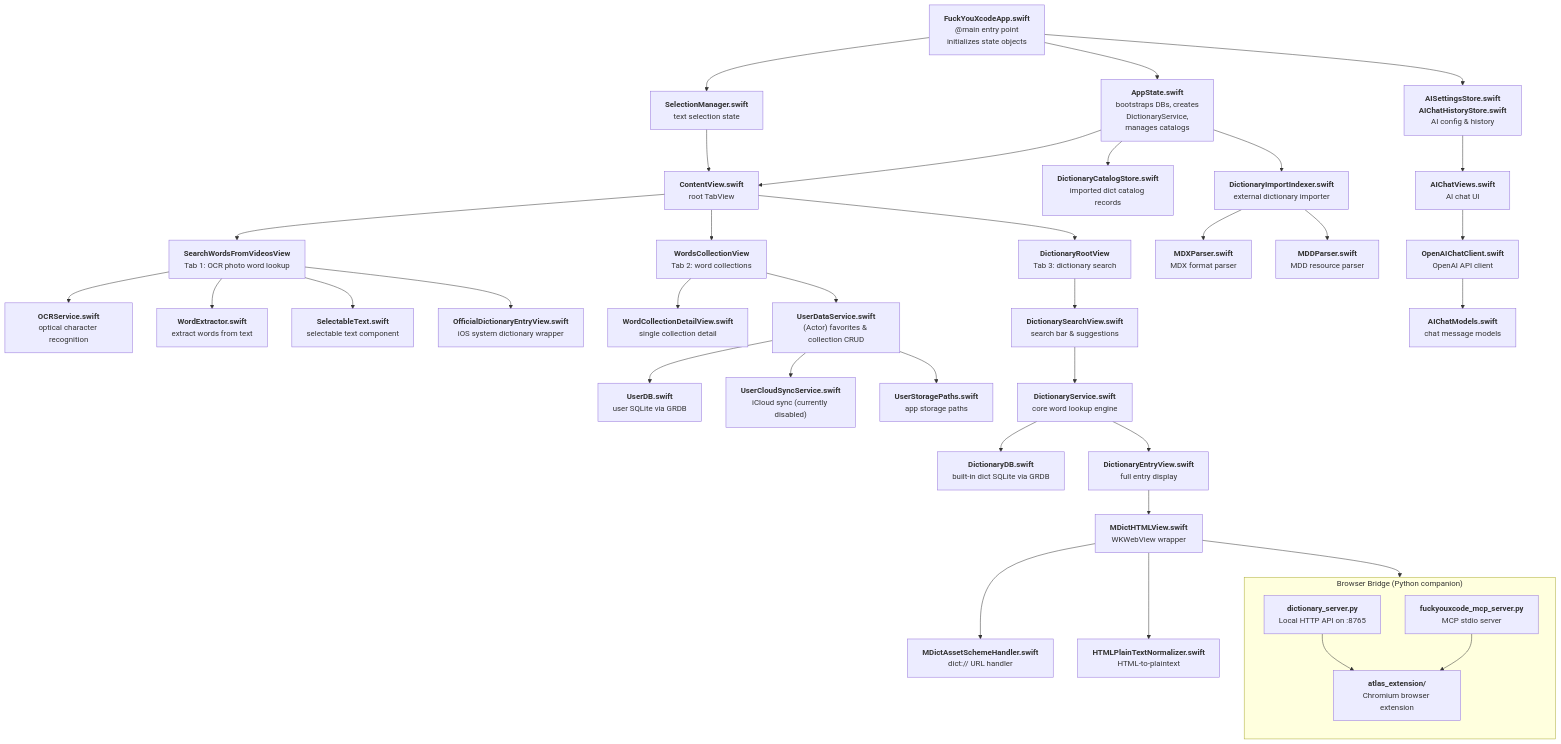
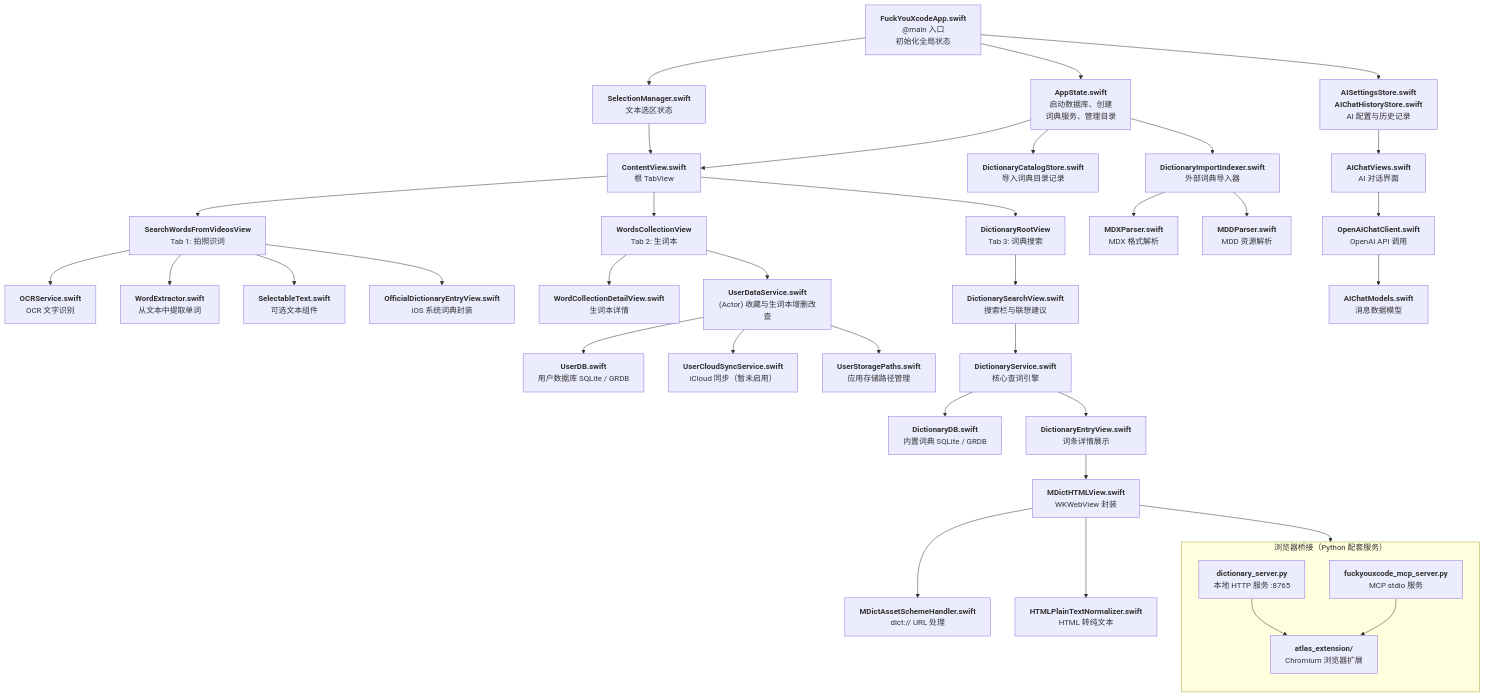
The diagram in README.md (RANGER-ALT823650/FuckYouXcode), drawn with Mermaid before and after one commit. The commit also changed other lines of this file, not shown here.

Commit message:
docs: README 改为中文

````diff
--- a/README.md
+++ b/README.md
@@ -7,67 +7,67 @@
 ```mermaid
 flowchart TD
-    %% ===== ENTRY POINT =====
-    APP["<b>FuckYouXcodeApp.swift</b><br/>@main entry point<br/>initializes state objects"]
+    %% ===== 入口 =====
+    APP["<b>FuckYouXcodeApp.swift</b><br/>@main 入口<br/>初始化全局状态"]
 
-    %% ===== STATE LAYER =====
-    APP --> STATE["<b>AppState.swift</b><br/>bootstraps DBs, creates<br/>DictionaryService,<br/>manages catalogs"]
-    APP --> SELECTION["<b>SelectionManager.swift</b><br/>text selection state"]
-    APP --> AI_STORE["<b>AISettingsStore.swift</b><br/><b>AIChatHistoryStore.swift</b><br/>AI config & history"]
+    %% ===== 状态层 =====
+    APP --> STATE["<b>AppState.swift</b><br/>启动数据库、创建<br/>词典服务、管理目录"]
+    APP --> SELECTION["<b>SelectionManager.swift</b><br/>文本选区状态"]
+    APP --> AI_STORE["<b>AISettingsStore.swift</b><br/><b>AIChatHistoryStore.swift</b><br/>AI 配置与历史记录"]
 
-    %% ===== VIEW LAYER =====
-    STATE --> CV["<b>ContentView.swift</b><br/>root TabView"]
+    %% ===== 视图层 =====
+    STATE --> CV["<b>ContentView.swift</b><br/>根 TabView"]
     SELECTION --> CV
 
-    %% ===== 3 TABS =====
-    CV --> TAB_OCR["<b>SearchWordsFromVideosView</b><br/>Tab 1: OCR photo word lookup"]
-    CV --> TAB_COLLECTION["<b>WordsCollectionView</b><br/>Tab 2: word collections"]
-    CV --> TAB_SEARCH["<b>DictionaryRootView</b><br/>Tab 3: dictionary search"]
+    %% ===== 三个 Tab =====
+    CV --> TAB_OCR["<b>SearchWordsFromVideosView</b><br/>Tab 1: 拍照识词"]
+    CV --> TAB_COLLECTION["<b>WordsCollectionView</b><br/>Tab 2: 生词本"]
+    CV --> TAB_SEARCH["<b>DictionaryRootView</b><br/>Tab 3: 词典搜索"]
 
-    %% ===== TAB 1: OCR PIPELINE =====
-    TAB_OCR --> OCR_SVC["<b>OCRService.swift</b><br/>optical character recognition"]
-    TAB_OCR --> EXTRACTOR["<b>WordExtractor.swift</b><br/>extract words from text"]
-    TAB_OCR --> SEL_TEXT["<b>SelectableText.swift</b><br/>selectable text component"]
-    TAB_OCR --> OFF_DICT["<b>OfficialDictionaryEntryView.swift</b><br/>iOS system dictionary wrapper"]
+    %% ===== Tab 1: OCR =====
+    TAB_OCR --> OCR_SVC["<b>OCRService.swift</b><br/>OCR 文字识别"]
+    TAB_OCR --> EXTRACTOR["<b>WordExtractor.swift</b><br/>从文本中提取单词"]
+    TAB_OCR --> SEL_TEXT["<b>SelectableText.swift</b><br/>可选文本组件"]
+    TAB_OCR --> OFF_DICT["<b>OfficialDictionaryEntryView.swift</b><br/>iOS 系统词典封装"]
 
-    %% ===== TAB 2: COLLECTIONS =====
-    TAB_COLLECTION --> WC_DETAIL["<b>WordCollectionDetailView.swift</b><br/>single collection detail"]
-    TAB_COLLECTION --> USER_SVC["<b>UserDataService.swift</b><br/>(Actor) favorites & collection CRUD"]
-    USER_SVC --> USER_DB["<b>UserDB.swift</b><br/>user SQLite via GRDB"]
-    USER_SVC --> SYNC["<b>UserCloudSyncService.swift</b><br/>iCloud sync (currently disabled)"]
-    USER_SVC --> PATHS["<b>UserStoragePaths.swift</b><br/>app storage paths"]
+    %% ===== Tab 2: 生词本 =====
+    TAB_COLLECTION --> WC_DETAIL["<b>WordCollectionDetailView.swift</b><br/>生词本详情"]
+    TAB_COLLECTION --> USER_SVC["<b>UserDataService.swift</b><br/>(Actor) 收藏与生词本增删改查"]
+    USER_SVC --> USER_DB["<b>UserDB.swift</b><br/>用户数据库 SQLite / GRDB"]
+    USER_SVC --> SYNC["<b>UserCloudSyncService.swift</b><br/>iCloud 同步（暂未启用）"]
+    USER_SVC --> PATHS["<b>UserStoragePaths.swift</b><br/>应用存储路径管理"]
 
-    %% ===== TAB 3: DICTIONARY SEARCH =====
-    TAB_SEARCH --> SEARCH_VIEW["<b>DictionarySearchView.swift</b><br/>search bar & suggestions"]
-    SEARCH_VIEW --> DICT_SVC["<b>DictionaryService.swift</b><br/>core word lookup engine"]
+    %% ===== Tab 3: 词典搜索 =====
+    TAB_SEARCH --> SEARCH_VIEW["<b>DictionarySearchView.swift</b><br/>搜索栏与联想建议"]
+    SEARCH_VIEW --> DICT_SVC["<b>DictionaryService.swift</b><br/>核心查词引擎"]
 
-    %% ===== DICTIONARY ENGINE =====
-    DICT_SVC --> DICT_DB["<b>DictionaryDB.swift</b><br/>built-in dict SQLite via GRDB"]
-    DICT_SVC --> ENTRY_VIEW["<b>DictionaryEntryView.swift</b><br/>full entry display"]
+    %% ===== 词典引擎 =====
+    DICT_SVC --> DICT_DB["<b>DictionaryDB.swift</b><br/>内置词典 SQLite / GRDB"]
+    DICT_SVC --> ENTRY_VIEW["<b>DictionaryEntryView.swift</b><br/>词条详情展示"]
 
-    %% ===== MDICT HTML RENDERING =====
-    ENTRY_VIEW --> HTML_VIEW["<b>MDictHTMLView.swift</b><br/>WKWebView wrapper"]
-    HTML_VIEW --> SCHEME["<b>MDictAssetSchemeHandler.swift</b><br/>dict:// URL handler"]
-    HTML_VIEW --> BRIDGE["<b>MDictHTMLSelectionBridge.swift</b><br/>text selection JS bridge"]
-    HTML_VIEW --> NORM["<b>HTMLPlainTextNormalizer.swift</b><br/>HTML-to-plaintext"]
+    %% ===== MDict HTML 渲染 =====
+    ENTRY_VIEW --> HTML_VIEW["<b>MDictHTMLView.swift</b><br/>WKWebView 封装"]
+    HTML_VIEW --> SCHEME["<b>MDictAssetSchemeHandler.swift</b><br/>dict:// URL 处理"]
+    HTML_VIEW --> BRIDGE["<b>MDictHTMLSelectionBridge.swift</b><br/>文本选中 JS 桥接"]
+    HTML_VIEW --> NORM["<b>HTMLPlainTextNormalizer.swift</b><br/>HTML 转纯文本"]
 
-    %% ===== DICTIONARY IMPORT =====
-    STATE --> CATALOG["<b>DictionaryCatalogStore.swift</b><br/>imported dict catalog records"]
-    STATE --> IMPORTER["<b>DictionaryImportIndexer.swift</b><br/>external dictionary importer"]
-    IMPORTER --> MDX["<b>MDXParser.swift</b><br/>MDX format parser"]
-    IMPORTER --> MDD["<b>MDDParser.swift</b><br/>MDD resource parser"]
+    %% ===== 词典导入 =====
+    STATE --> CATALOG["<b>DictionaryCatalogStore.swift</b><br/>导入词典目录记录"]
+    STATE --> IMPORTER["<b>DictionaryImportIndexer.swift</b><br/>外部词典导入器"]
+    IMPORTER --> MDX["<b>MDXParser.swift</b><br/>MDX 格式解析"]
+    IMPORTER --> MDD["<b>MDDParser.swift</b><br/>MDD 资源解析"]
 
-    %% ===== AI CHAT =====
-    AI_STORE --> AI_VIEWS["<b>AIChatViews.swift</b><br/>AI chat UI"]
-    AI_VIEWS --> AI_CLIENT["<b>OpenAIChatClient.swift</b><br/>OpenAI API client"]
-    AI_CLIENT --> AI_MODEL["<b>AIChatModels.swift</b><br/>chat message models"]
+    %% ===== AI 对话 =====
+    AI_STORE --> AI_VIEWS["<b>AIChatViews.swift</b><br/>AI 对话界面"]
+    AI_VIEWS --> AI_CLIENT["<b>OpenAIChatClient.swift</b><br/>OpenAI API 调用"]
+    AI_CLIENT --> AI_MODEL["<b>AIChatModels.swift</b><br/>消息数据模型"]
 
-    %% ===== BROWSER BRIDGE (separate system) =====
-    subgraph BRIDGE[" Browser Bridge (Python companion) "]
+    %% ===== 浏览器桥接（独立系统） =====
+    subgraph BRIDGE[" 浏览器桥接（Python 配套服务） "]
         direction TB
-        HTTP["<b>dictionary_server.py</b><br/>Local HTTP API on :8765"]
-        MCP["<b>fuckyouxcode_mcp_server.py</b><br/>MCP stdio server"]
-        EXTENSION["<b>atlas_extension/</b><br/>Chromium browser extension"]
+        HTTP["<b>dictionary_server.py</b><br/>本地 HTTP 服务 :8765"]
+        MCP["<b>fuckyouxcode_mcp_server.py</b><br/>MCP stdio 服务"]
+        EXTENSION["<b>atlas_extension/</b><br/>Chromium 浏览器扩展"]
         HTTP --> EXTENSION
         MCP --> EXTENSION
     end
 ```
````
